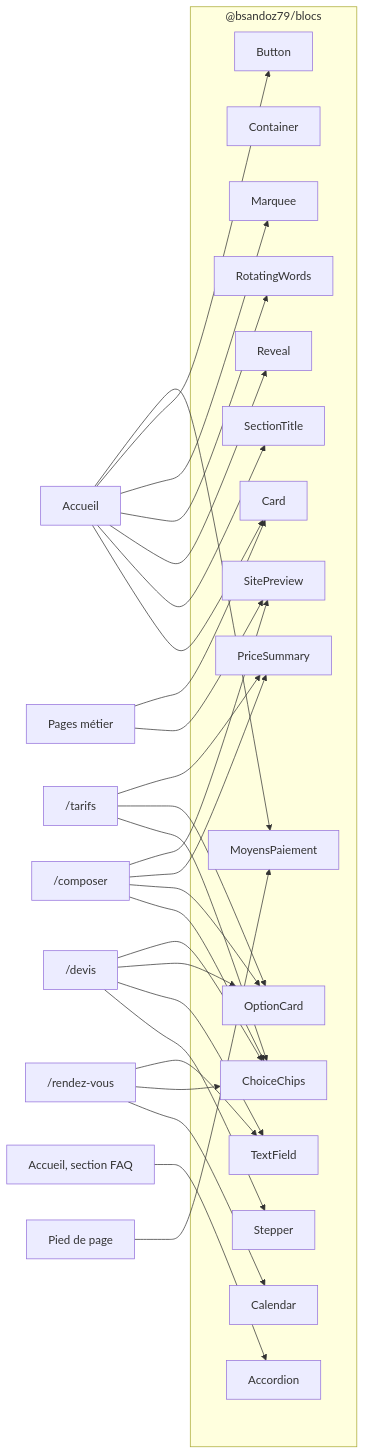
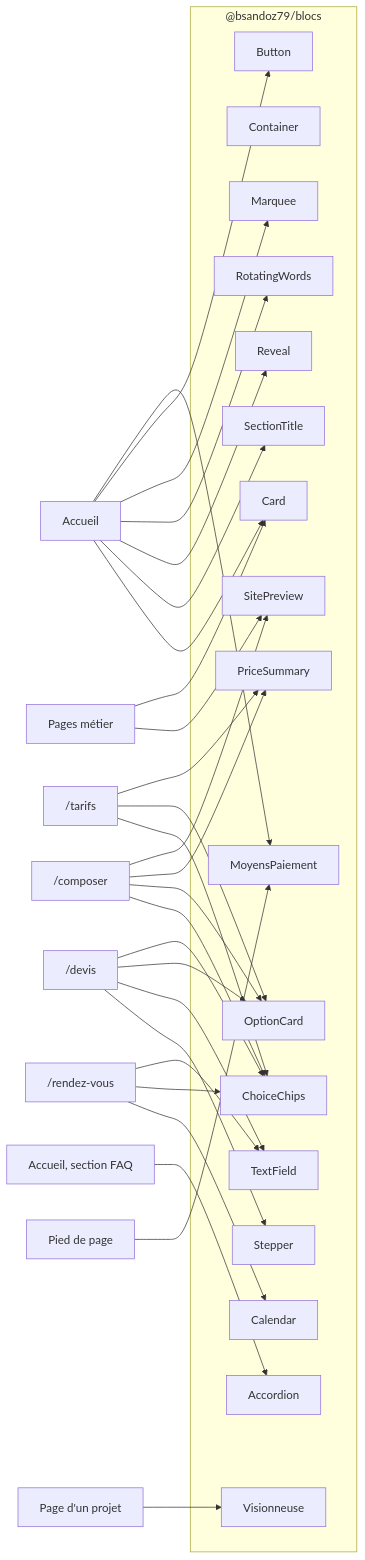
One commit to bsandoz79/bsandoz-site changed the second of 2 diagrams in docs/fonctionnalites/blocs.md. Above: the diagram before and after it, drawn with Mermaid. The commit also changed other lines of this file and 14 other files, not shown here.

Commit message:
feat: captures des réalisations agrandies par-dessus la page (bloc Visionneuse)

````diff
--- a/docs/fonctionnalites/blocs.md
+++ b/docs/fonctionnalites/blocs.md
@@ -36,15 +36,16 @@
 ```mermaid
 flowchart LR
   subgraph Blocs["@bsandoz79/blocs"]
     Button; Container; Card; SectionTitle; Reveal; RotatingWords; Marquee
-    ChoiceChips; OptionCard; PriceSummary; SitePreview; Stepper; TextField; Accordion; Calendar; MoyensPaiement
+    ChoiceChips; OptionCard; PriceSummary; SitePreview; Stepper; TextField; Accordion; Calendar; MoyensPaiement; Visionneuse
   end
   Home["Accueil"] --> Card & SectionTitle & Reveal & RotatingWords & Marquee & Button & MoyensPaiement
   Pied["Pied de page"] --> MoyensPaiement
+  Projet["Page d'un projet"] --> Visionneuse
   Composer["/composer"] --> ChoiceChips & OptionCard & PriceSummary & SitePreview
   Tarifs["/tarifs"] --> ChoiceChips & OptionCard & PriceSummary
   Devis["/devis"] --> Stepper & TextField & OptionCard & ChoiceChips
   RDV["/rendez-vous"] --> Calendar & ChoiceChips & TextField
   Faq["Accueil, section FAQ"] --> Accordion
   Metier["Pages métier"] --> SitePreview & Card
 ```
````
